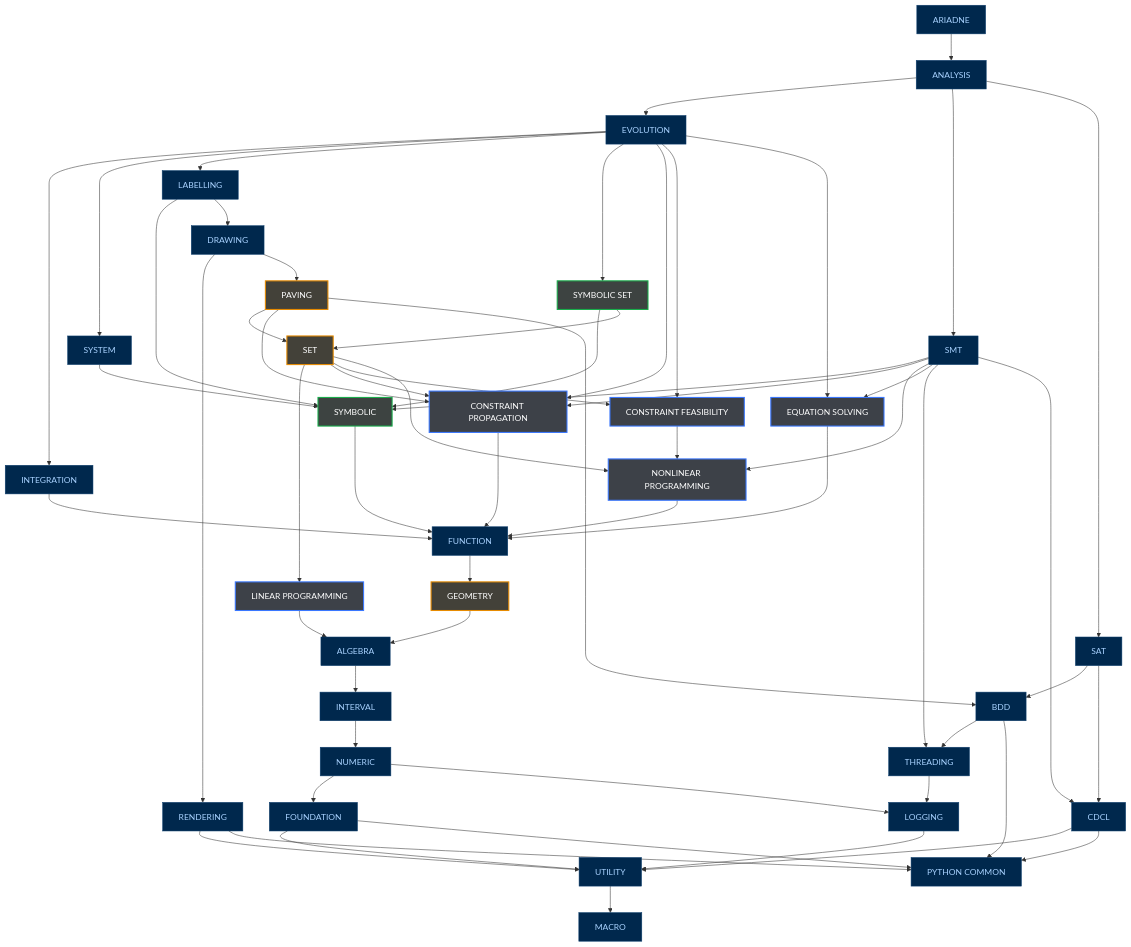
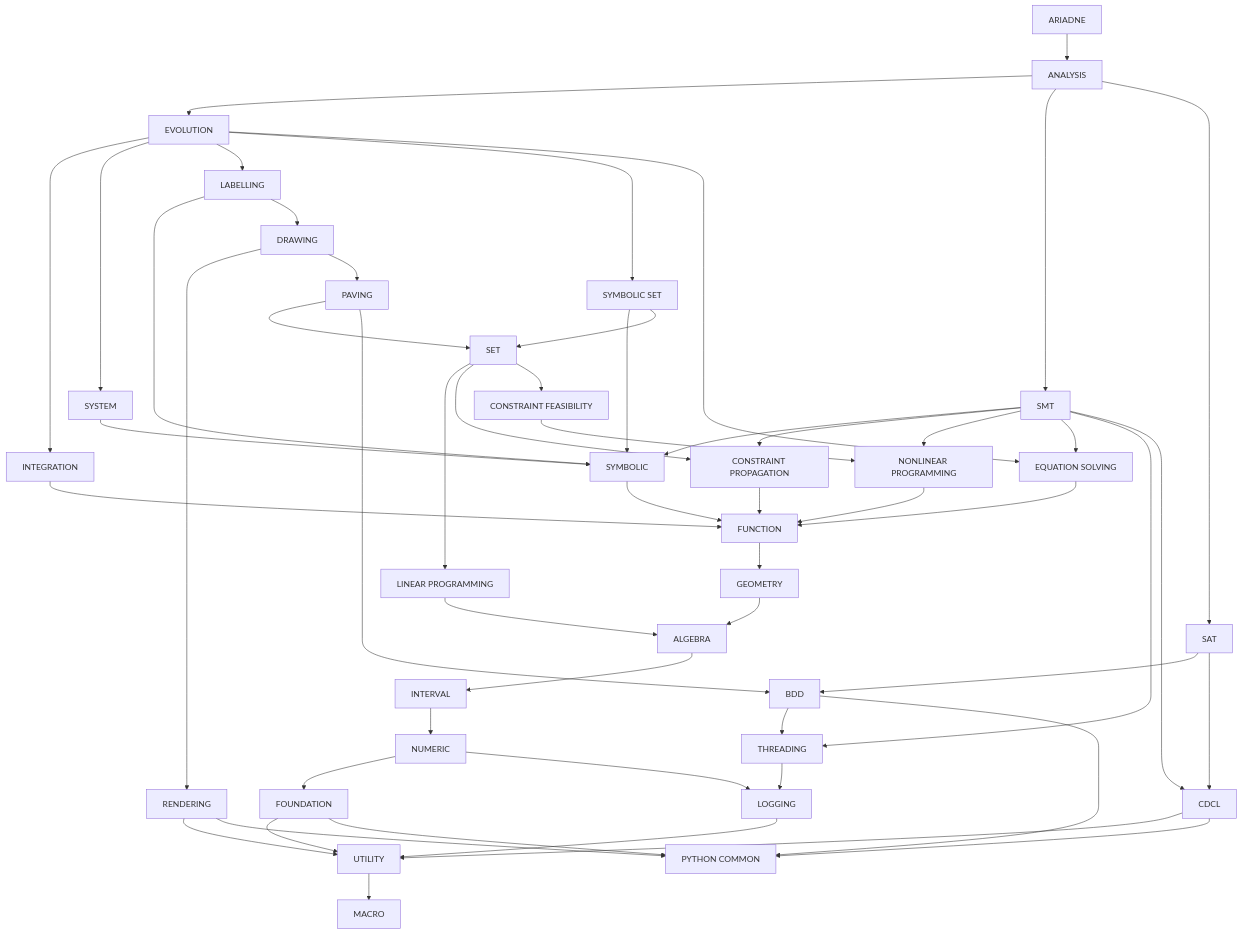
Before and after one commit to ariadne-cps/ariadne: the diagram in doc/decoupling/structure.md, drawn with Mermaid. The commit also changed other lines of this file, not shown here.

Commit message:
docs: use default Mermaid styling and reduce transitive dependency edges

````diff
--- a/doc/decoupling/structure.md
+++ b/doc/decoupling/structure.md
@@ -86,8 +86,6 @@
     evolution --> system
     evolution --> labelling
     evolution --> symbolic_set
-    evolution --> constraint_propagation
-    evolution --> constraint_feasibility
     evolution --> equation_solving
     integration --> function
     system --> symbolic
@@ -98,12 +96,10 @@
     symbolic_set --> symbolic
     symbolic_set --> set
     paving --> set
-    paving --> constraint_propagation
     paving --> bdd
     set --> linear_programming
     set --> constraint_propagation
     set --> constraint_feasibility
-    set --> nonlinear_programming
     smt --> symbolic
     smt --> constraint_propagation
     smt --> nonlinear_programming
@@ -135,13 +131,4 @@
     foundation --> utility
     foundation --> python_common
     utility --> macro
-
-    classDef repository fill:#00284d,stroke:#0c3e6d,color:#a8d2ff,stroke-width:1px;
-    classDef symbolicRepo fill:#3d4341,stroke:#19ad4b,color:#ffffff,stroke-width:2px;
-    classDef setRepo fill:#434139,stroke:#e78b00,color:#ffffff,stroke-width:2px;
-    classDef solvingRepo fill:#3d4148,stroke:#3977ff,color:#ffffff,stroke-width:2px;
-    class ariadne,analysis,evolution,integration,system,labelling,drawing,smt,sat,function,algebra,interval,numeric,rendering,bdd,cdcl,threading,logging,foundation,utility,python_common,macro repository;
-    class symbolic,symbolic_set symbolicRepo;
-    class set,paving,geometry setRepo;
-    class constraint_propagation,constraint_feasibility,equation_solving,nonlinear_programming,linear_programming solvingRepo;
 ```
````
